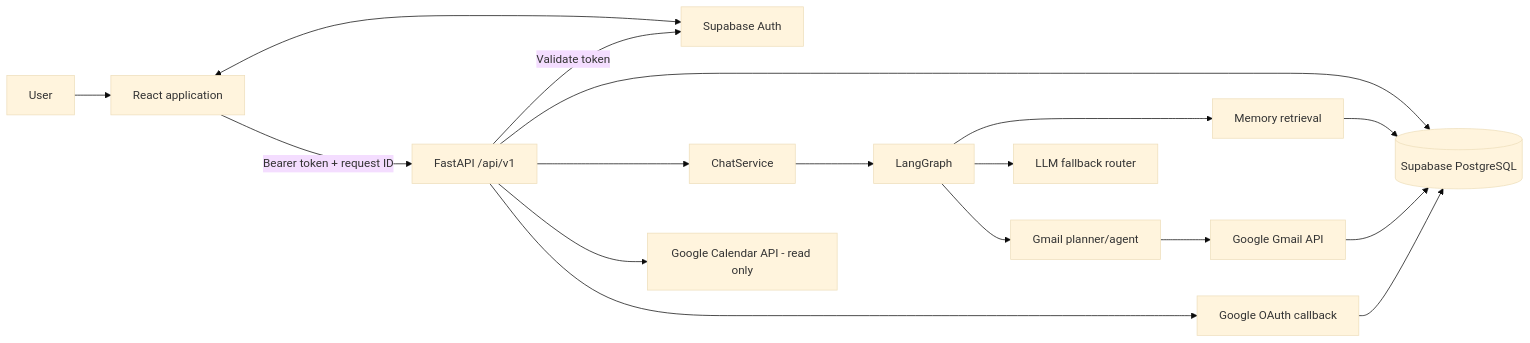
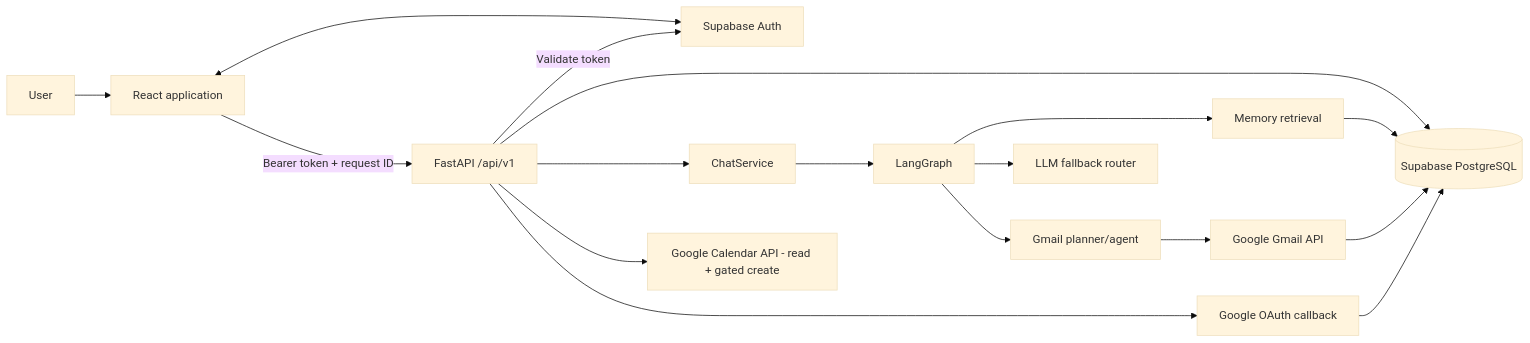
Before and after one commit to Subrata291291/Personal-AI-Assistant: the first of 2 diagrams in PROJECT_HANDOVER.md, drawn with Mermaid (base theme). The commit also changed other lines of this file and 1 other file, not shown here.

````diff
--- a/PROJECT_HANDOVER.md
+++ b/PROJECT_HANDOVER.md
@@ -67,19 +75,19 @@
 ```mermaid
 flowchart LR
   User[User] --> UI[React application]
   UI <--> SupabaseAuth[Supabase Auth]
   UI -->|Bearer token + request ID| API[FastAPI /api/v1]
   API -->|Validate token| SupabaseAuth
   API --> DB[(Supabase PostgreSQL)]
   API --> Chat[ChatService]
   Chat --> Graph[LangGraph]
   Graph --> Memory[Memory retrieval]
   Memory --> DB
   Graph --> LLM[LLM fallback router]
   Graph --> GmailAgent[Gmail planner/agent]
   GmailAgent --> GoogleAPI[Google Gmail API]
-  API --> CalendarAPI[Google Calendar API - read only]
+  API --> CalendarAPI[Google Calendar API - read + gated create]
   API --> OAuth[Google OAuth callback]
   OAuth --> DB
   GoogleAPI --> DB
 ```
````
